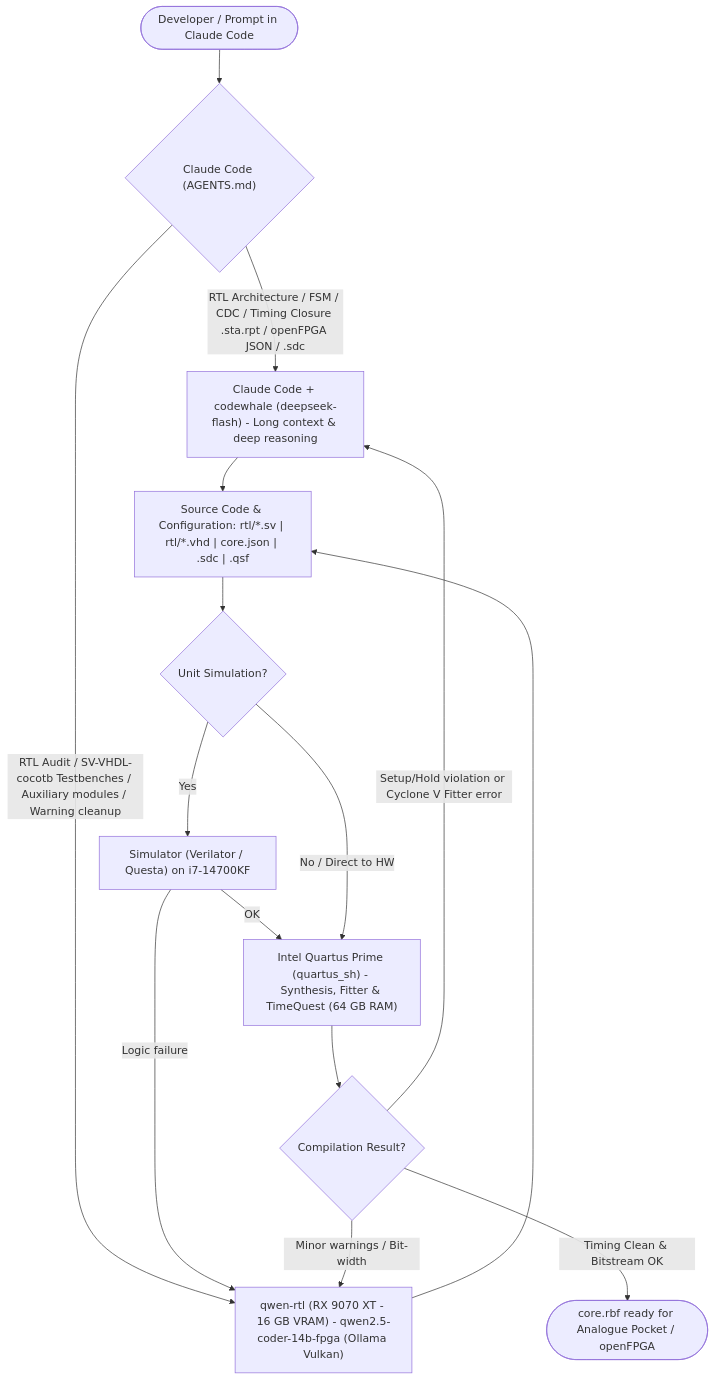
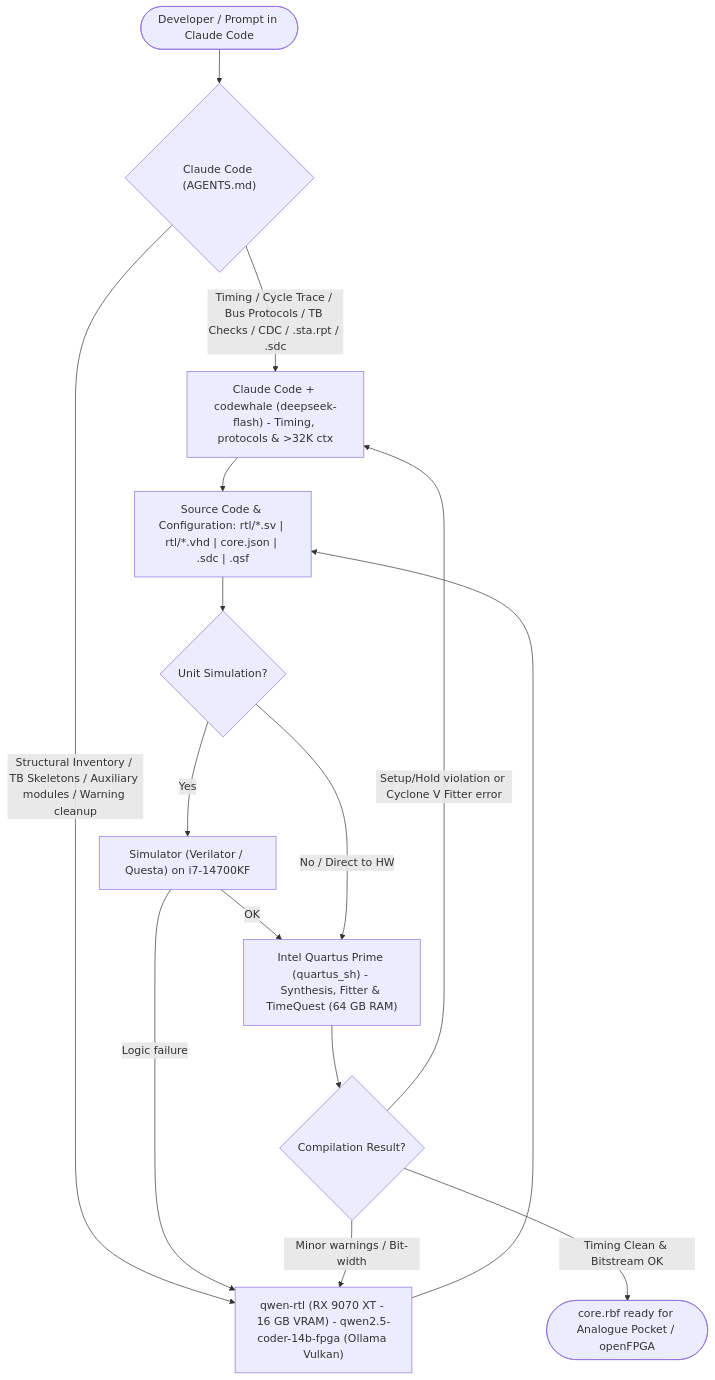
One commit to DanimanX/9070FpgaIAWorkflow changed the third of 3 diagrams in docs/ai-fpga-workflow.md. Above: the diagram before and after it, drawn with Mermaid. The commit also changed other lines of this file and 3 other files, not shown here.

Commit message:
docs: restrict qwen-rtl to structural work and align CLAUDE.md routing

````diff
--- a/docs/ai-fpga-workflow.md
+++ b/docs/ai-fpga-workflow.md
@@ -84,27 +88,27 @@
 ```mermaid
 flowchart TD
     Dev(["Developer / Prompt in Claude Code"]) --> Claude{"Claude Code (AGENTS.md)"}
 
     %% Cloud / Architect Branch
-    Claude -->|"RTL Architecture / FSM / CDC / Timing Closure .sta.rpt / openFPGA JSON / .sdc"| Arch["Claude Code + codewhale (deepseek-flash) - Long context & deep reasoning"]
+    Claude -->|"Timing / Cycle Trace / Bus Protocols / TB Checks / CDC / .sta.rpt / .sdc"| Arch["Claude Code + codewhale (deepseek-flash) - Timing, protocols & >32K ctx"]
 
     %% Local Branch
-    Claude -->|"RTL Audit / SV-VHDL-cocotb Testbenches / Auxiliary modules / Warning cleanup"| Local["qwen-rtl (RX 9070 XT - 16 GB VRAM) - qwen2.5-coder-14b-fpga (Ollama Vulkan)"]
+    Claude -->|"Structural Inventory / TB Skeletons / Auxiliary modules / Warning cleanup"| Local["qwen-rtl (RX 9070 XT - 16 GB VRAM) - qwen2.5-coder-14b-fpga (Ollama Vulkan)"]
 
     %% Convergence in code
     Arch --> RTL["Source Code & Configuration: rtl/*.sv | rtl/*.vhd | core.json | .sdc | .qsf"]
     Local --> RTL
 
     %% Verification & Synthesis Flow
     RTL --> Sim{"Unit Simulation?"}
     Sim -->|"Yes"| Verilator["Simulator (Verilator / Questa) on i7-14700KF"]
     Verilator -->|"Logic failure"| Local
     Verilator -->|"OK"| Quartus
 
     Sim -->|"No / Direct to HW"| Quartus["Intel Quartus Prime (quartus_sh) - Synthesis, Fitter & TimeQuest (64 GB RAM)"]
 
     Quartus --> Check{"Compilation Result?"}
     Check -->|"Minor warnings / Bit-width"| Local
     Check -->|"Setup/Hold violation or Cyclone V Fitter error"| Arch
     Check -->|"Timing Clean & Bitstream OK"| Bitstream(["core.rbf ready for Analogue Pocket / openFPGA"])
 ```
````
